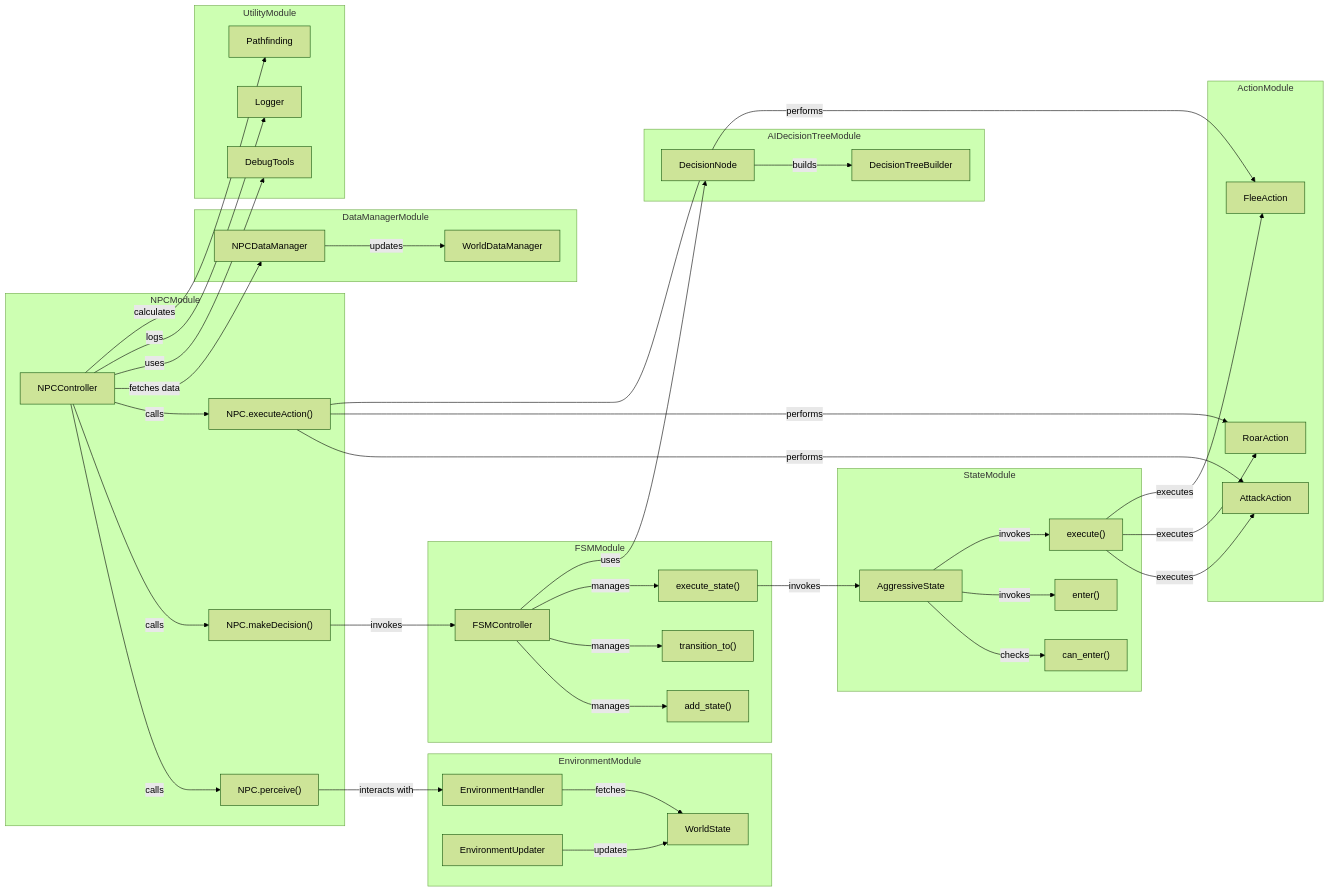
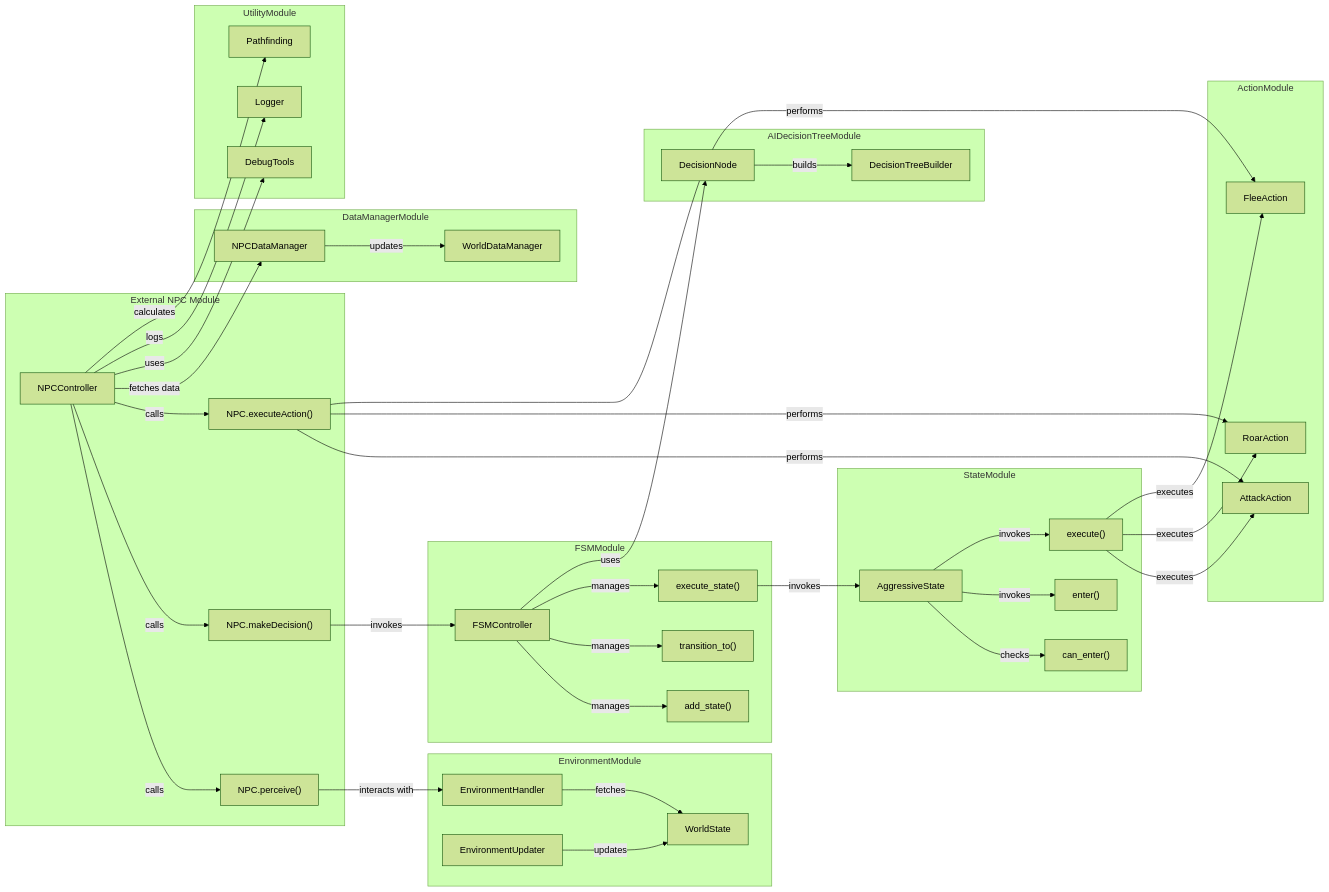
The diagram in Docs/low_level_architecture.mermaid (edz314/MMO-framework), drawn with Mermaid (forest theme) before and after one commit.

```diff
--- a/Docs/low_level_architecture.mermaid
+++ b/Docs/low_level_architecture.mermaid
@@ -1,77 +1,77 @@
 flowchart LR
     subgraph EnvironmentModule
         EH["EnvironmentHandler"]
         WS["WorldState"]
         EU["EnvironmentUpdater"]
     end
     
-    subgraph NPCModule
+    subgraph NPCModule [External NPC Module]
         NC["NPCController"]
         Perceive["NPC.perceive()"]
         Decide["NPC.makeDecision()"]
         Execute["NPC.executeAction()"]
     end
     
     subgraph FSMModule
         FSMC["FSMController"]
         AddS["add_state()"]
         Trans["transition_to()"]
         Exec["execute_state()"]
     end
     
     subgraph StateModule
         Aggressive["AggressiveState"]
         Check["can_enter()"]
         EnterState["enter()"]
         ExecuteState["execute()"]
     end
     
     subgraph ActionModule
         Attack["AttackAction"]
         Roar["RoarAction"]
         Flee["FleeAction"]
     end
     
     subgraph DataManagerModule
         NPCDM["NPCDataManager"]
         WDM["WorldDataManager"]
     end
     
     subgraph AIDecisionTreeModule
         DNode["DecisionNode"]
         DTreeBuild["DecisionTreeBuilder"]
     end
     
     subgraph UtilityModule
         Debug["DebugTools"]
         Log["Logger"]
         Path["Pathfinding"]
     end
     
     EH -- fetches --> WS
     EU -- updates --> WS
     NC -- calls --> Perceive
     Perceive -- interacts with --> EH
     NC -- calls --> Decide
     Decide -- invokes --> FSMC
     FSMC -- manages --> AddS
     FSMC -- manages --> Trans
     FSMC -- manages --> Exec
     Exec -- invokes --> Aggressive
     Aggressive -- checks --> Check
     Aggressive -- invokes --> EnterState
     Aggressive -- invokes --> ExecuteState
     ExecuteState -- executes --> Attack
     ExecuteState -- executes --> Roar
     ExecuteState -- executes --> Flee
     NC -- calls --> Execute
     Execute -- performs --> Attack
     Execute -- performs --> Roar
     Execute -- performs --> Flee
     NC -- fetches data --> NPCDM
     NPCDM -- updates --> WDM
     FSMC -- uses --> DNode
     DNode -- builds --> DTreeBuild
     NC -- uses --> Debug
     NC -- logs --> Log
     NC -- calculates --> Path
```
